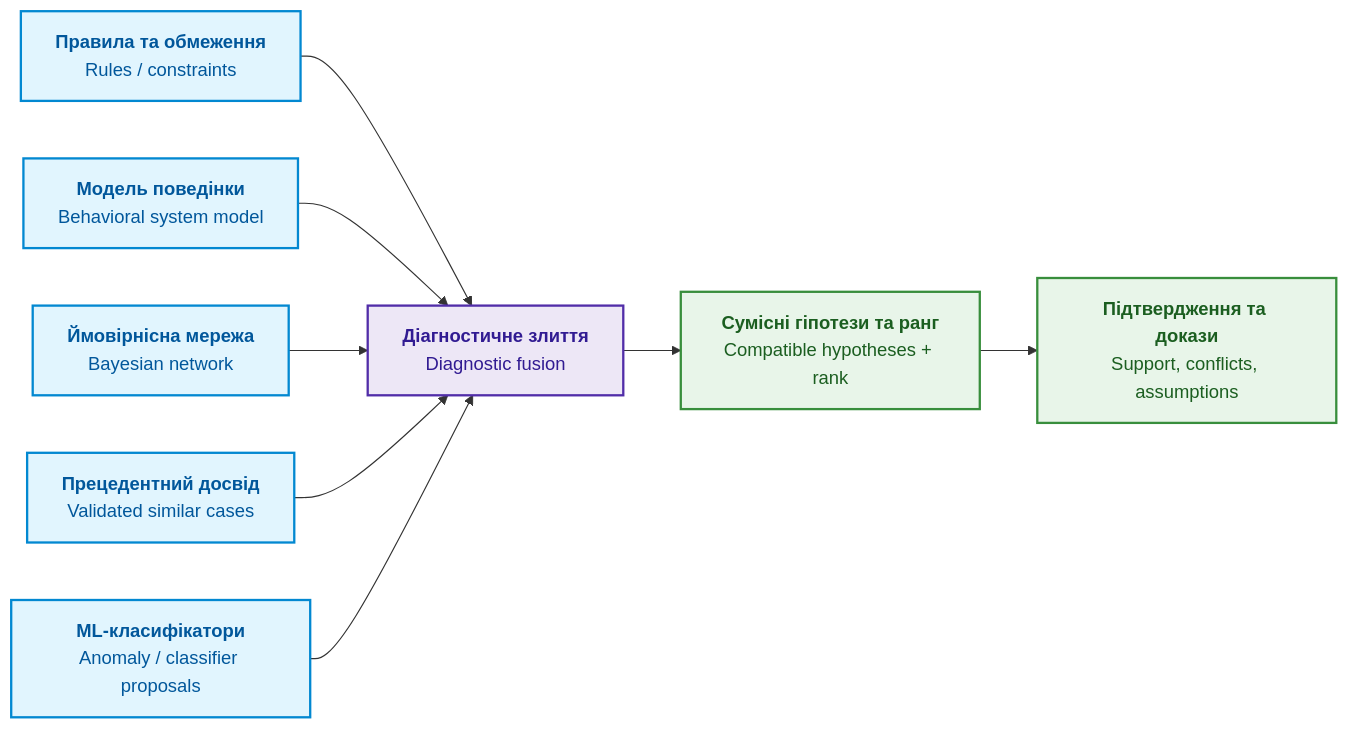
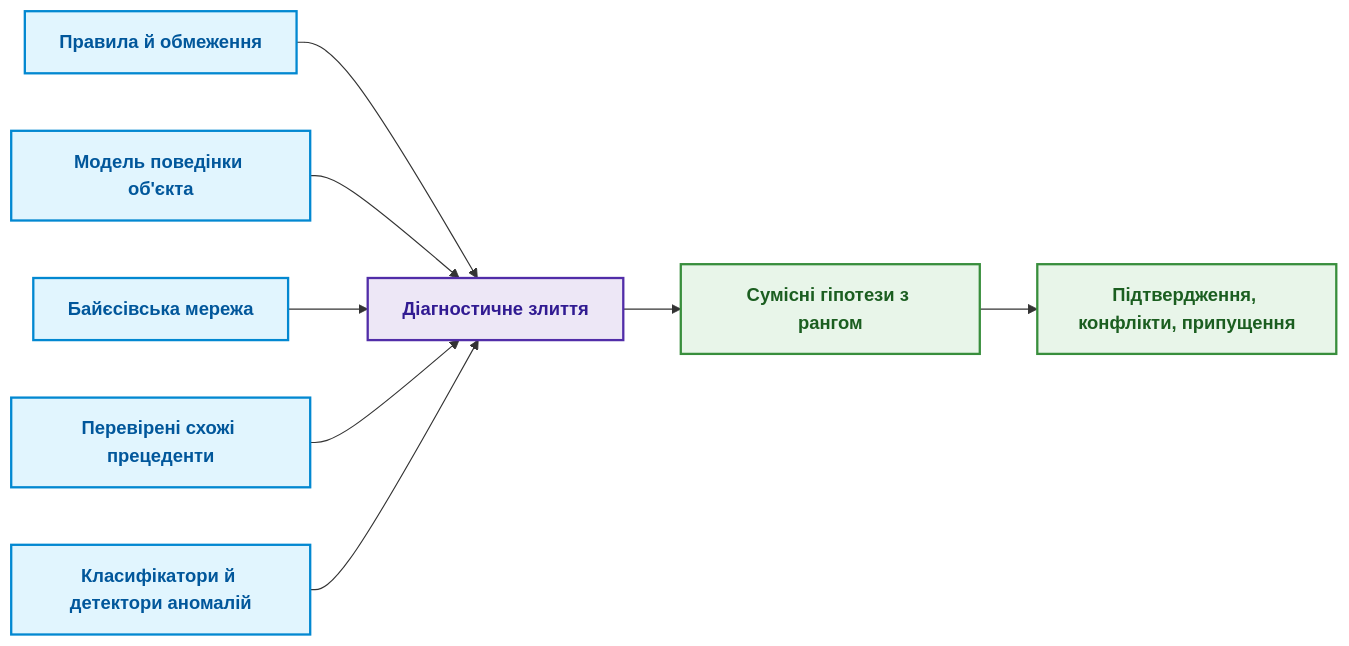
The fourth of 5 diagrams in ExpertSystem/ch24-system-diagnosis.md (nick-fedchik/articles), drawn with Mermaid before and after one commit. The commit also changed other lines of this file, not shown here.

````diff
--- a/ExpertSystem/ch24-system-diagnosis.md
+++ b/ExpertSystem/ch24-system-diagnosis.md
@@ -285,21 +227,21 @@
 ```mermaid
 flowchart LR
-    accTitle: Гібридне діагностичне злиття знань
-    accDescr: Поєднання правил, поведінкових моделей, Байєсових мереж, прецедентів та ML у ранжований доказовий пакет.
+    accTitle: Злиття діагностичних знань різних типів
+    accDescr: Правила, модель поведінки, байєсівська мережа, перевірені прецеденти й класифікатори машинного навчання зливаються в сумісні ранжовані гіпотези з підтвердженнями, конфліктами й припущеннями.
 
-    RULE["<b>Правила та обмеження</b><br/>Rules / constraints"] --> D["<b>Діагностичне злиття</b><br/>Diagnostic fusion"]
-    MOD["<b>Модель поведінки</b><br/>Behavioral system model"] --> D
-    BN["<b>Ймовірнісна мережа</b><br/>Bayesian network"] --> D
-    CBR["<b>Прецедентний досвід</b><br/>Validated similar cases"] --> D
-    ML["<b>ML-класифікатори</b><br/>Anomaly / classifier proposals"] --> D
-    D --> COMP["<b>Сумісні гіпотези та ранг</b><br/>Compatible hypotheses + rank"]
-    COMP --> PROOF["<b>Підтвердження та докази</b><br/>Support, conflicts, assumptions"]
+    RULE["<b>Правила й обмеження</b>"] --> D["<b>Діагностичне злиття</b>"]
+    MOD["<b>Модель поведінки об'єкта</b>"] --> D
+    BN["<b>Байєсівська мережа</b>"] --> D
+    CBR["<b>Перевірені схожі прецеденти</b>"] --> D
+    ML["<b>Класифікатори й детектори аномалій</b>"] --> D
+    D --> COMP["<b>Сумісні гіпотези з рангом</b>"]
+    COMP --> PROOF["<b>Підтвердження, конфлікти, припущення</b>"]
 
     classDef src fill:#e1f5fe,stroke:#0288d1,stroke-width:2px,color:#01579b;
     classDef fus fill:#ede7f6,stroke:#512da8,stroke-width:2px,color:#311b92;
     classDef res fill:#e8f5e9,stroke:#388e3c,stroke-width:2px,color:#1b5e20;
 
     class RULE,MOD,BN,CBR,ML src;
     class D fus;
     class COMP,PROOF res;
 ```
````
